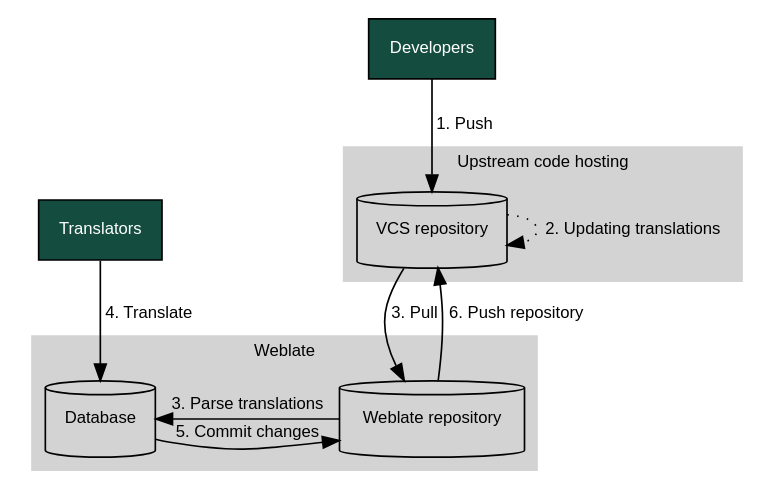
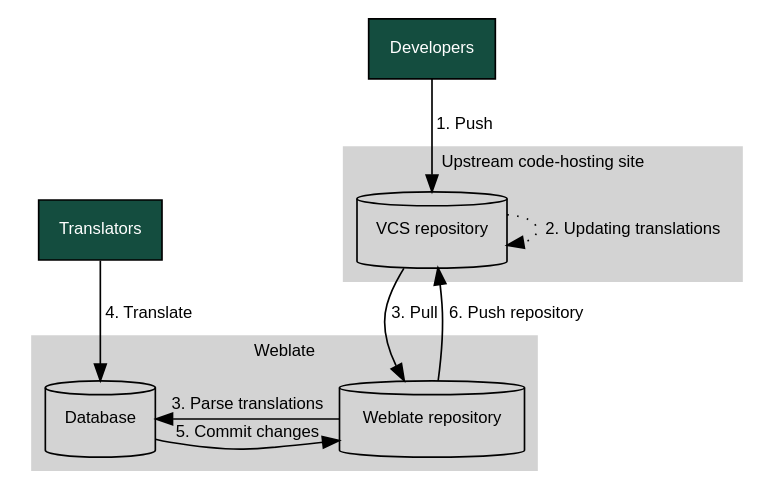
Before and after one commit to WeblateOrg/weblate: the diagram in docs/admin/continuous.rst, drawn with Graphviz. The commit also changed other lines of this file and 9 other files, not shown here.

Commit message:
More code-hosting fixes

```diff
--- a/docs/admin/continuous.rst
+++ b/docs/admin/continuous.rst
@@ -27,46 +27,46 @@
 .. graphviz::
 
     digraph translations {
         graph [fontname = "sans-serif", fontsize=10, ranksep=0.6, newrank=true];
         node [fontname = "sans-serif", fontsize=10, margin=0.15];
         edge [fontname = "sans-serif", fontsize=10];
 
          subgraph cluster_codehosting {
             rank=same;
             graph [color=lightgrey,
-               label="Upstream code hosting",
+               label="Upstream code-hosting site",
                style=filled
             ];
 
             "VCS repository" [shape=cylinder];
          }
 
          subgraph cluster_weblate {
             rank=same;
             graph [color=lightgrey,
                label="Weblate",
                style=filled
             ];
 
             repo [label="Weblate repository",
                shape=cylinder];
             database [label=Database,
                shape=cylinder];
          }
 
         "Developers" [shape=box, fillcolor="#144d3f", fontcolor=white, style=filled];
         "Translators" [shape=box, fillcolor="#144d3f", fontcolor=white, style=filled];
 
         "Developers" -> "VCS repository" [label=" 1. Push "];
 
         "VCS repository" -> "VCS repository" [label=" 2. Updating translations ", style=dotted];
 
         "VCS repository" -> repo [label=" 3. Pull "];
         repo -> database [label=" 3. Parse translations "];
 
         "database" -> repo [label=" 5. Commit changes "];
 
         "Translators" -> "database" [label=" 4. Translate "];
 
         "repo" -> "VCS repository" [label=" 6. Push repository "];
     }
```
